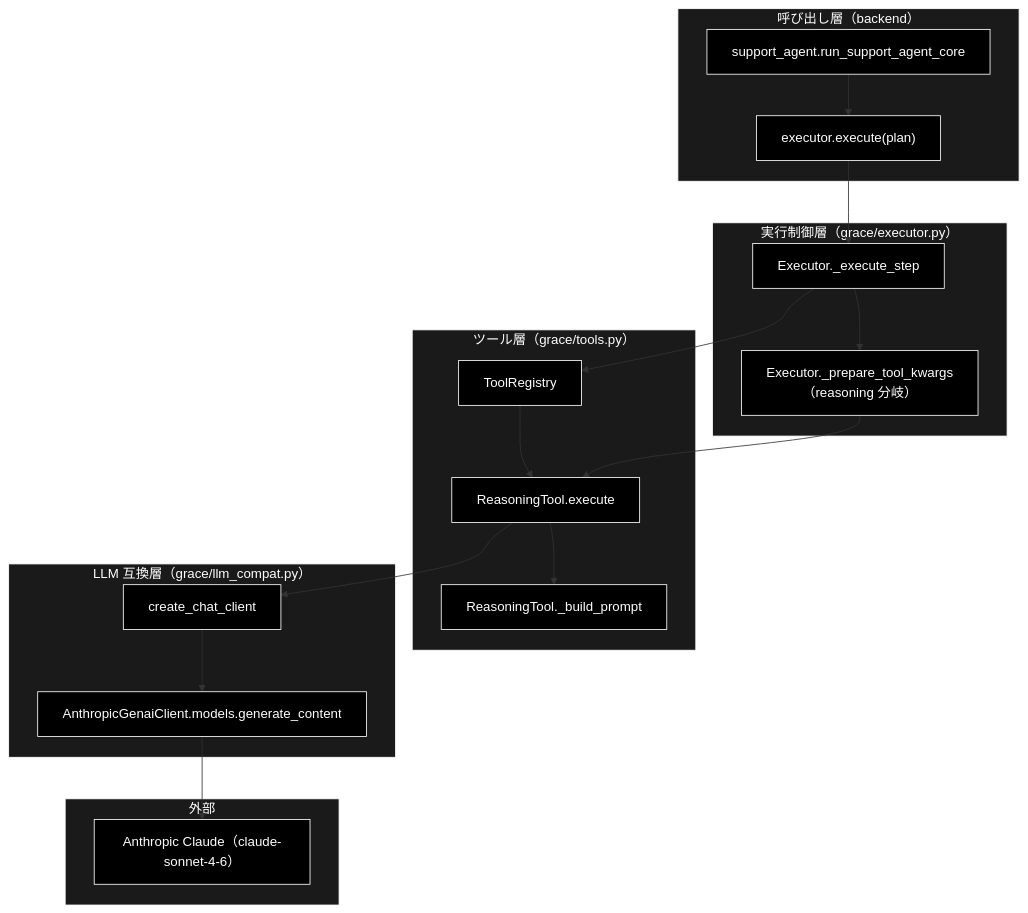
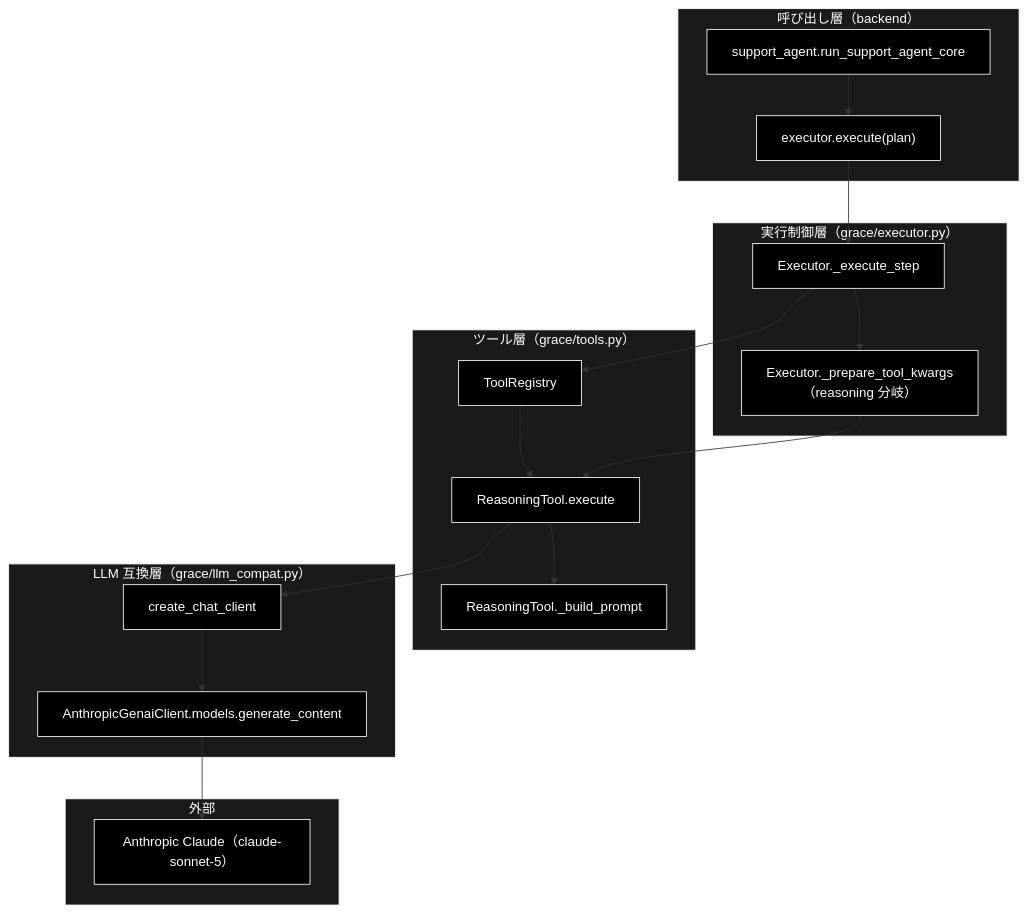
One commit to nakashima2toshio/grace_v2 changed the diagram in docs/reasoning_flow.md. Above: the diagram before and after it, drawn with Mermaid. The commit also changed other lines of this file and 69 other files, not shown here.

````diff
--- a/docs/reasoning_flow.md
+++ b/docs/reasoning_flow.md
@@ -46,45 +46,45 @@
 ```mermaid
 flowchart TB
     subgraph CLIENT["呼び出し層（backend）"]
         SA["support_agent.run_support_agent_core"]
         EXEC_CALL["executor.execute(plan)"]
     end
 
     subgraph CONTROL["実行制御層（grace/executor.py）"]
         STEP["Executor._execute_step"]
         KWARGS["Executor._prepare_tool_kwargs（reasoning 分岐）"]
     end
 
     subgraph TOOL["ツール層（grace/tools.py）"]
         RT["ReasoningTool.execute"]
         BP["ReasoningTool._build_prompt"]
         REG["ToolRegistry"]
     end
 
     subgraph COMPAT["LLM 互換層（grace/llm_compat.py）"]
         CC["create_chat_client"]
         AC["AnthropicGenaiClient.models.generate_content"]
     end
 
     subgraph EXTERNAL["外部"]
-        LLM["Anthropic Claude（claude-sonnet-4-6）"]
+        LLM["Anthropic Claude（claude-sonnet-5）"]
     end
 
     SA --> EXEC_CALL --> STEP
     STEP --> KWARGS
     STEP --> REG
     REG --> RT
     KWARGS --> RT
     RT --> BP
     RT --> CC
     CC --> AC
     AC --> LLM
 classDef default fill:#000,stroke:#fff,color:#fff
 classDef subgraphStyle fill:#1a1a1a,stroke:#fff,color:#fff
 class SA,EXEC_CALL,STEP,KWARGS,RT,BP,REG,CC,AC,LLM default
 style CLIENT fill:#1a1a1a,stroke:#fff,color:#fff
 style CONTROL fill:#1a1a1a,stroke:#fff,color:#fff
 style TOOL fill:#1a1a1a,stroke:#fff,color:#fff
 style COMPAT fill:#1a1a1a,stroke:#fff,color:#fff
 style EXTERNAL fill:#1a1a1a,stroke:#fff,color:#fff
 ```
````
